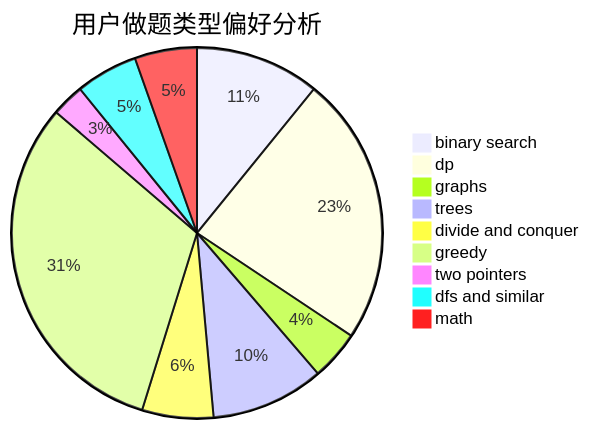
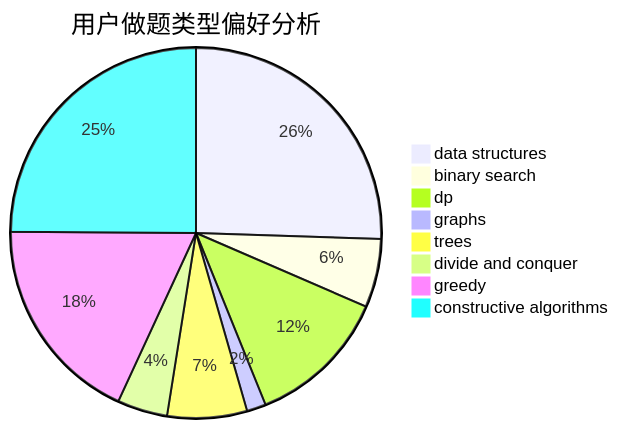
One commit to sherpahu/cfrs.github.io changed the second of 3 diagrams in docs/user/u259.md. Above: the diagram before and after it, drawn with Mermaid. The commit also changed other lines of this file and 2775 other files, not shown here.

````diff
--- a/docs/user/u259.md
+++ b/docs/user/u259.md
@@ -23,12 +23,11 @@
 ```mermaid
 pie title 用户做题类型偏好分析
-    "binary search" :  110
-    "dp" :  238
-    "graphs" :  44
+    "data structures" :  367
+    "binary search" :  86
+    "dp" :  178
+    "graphs" :  24
     "trees" :  100
     "divide and conquer" :  63
-    "greedy" :  319
-    "two pointers" :  29
-    "dfs and similar" :  55
-    "math" :  55
+    "greedy" :  262
+    "constructive algorithms" :  358
 ```
````
